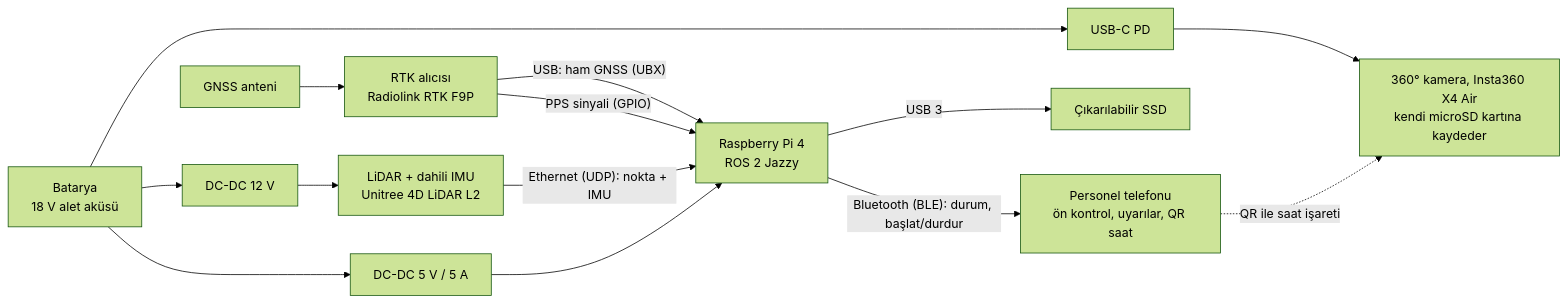
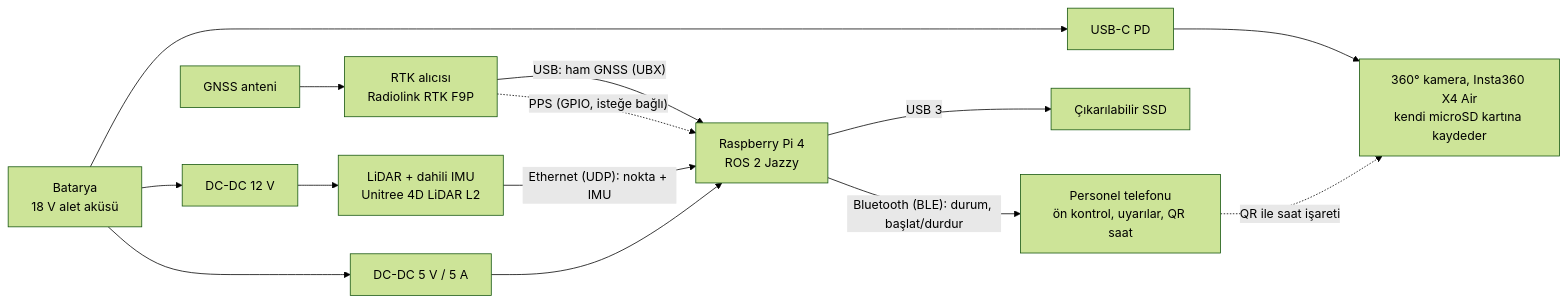
The diagram in docs/tarama-kiti.md (yusuftiryaki/orchadOS), drawn with Mermaid (forest theme) before and after one commit. The commit also changed other lines of this file and 7 other files, not shown here.

````diff
--- a/docs/tarama-kiti.md
+++ b/docs/tarama-kiti.md
@@ -19,16 +19,16 @@
 ```mermaid
 flowchart LR
     BAT["Batarya<br/>18 V alet aküsü"] --> DC12["DC-DC 12 V"]
     BAT --> DC5["DC-DC 5 V / 5 A"]
     BAT --> PD["USB-C PD"]
     ANT["GNSS anteni"] --> F9P["RTK alıcısı<br/>Radiolink RTK F9P"]
     F9P -- "USB: ham GNSS (UBX)" --> PI["Raspberry Pi 4<br/>ROS 2 Jazzy"]
-    F9P -- "PPS sinyali (GPIO)" --> PI
+    F9P -. "PPS (GPIO, isteğe bağlı)" .-> PI
     LID["LiDAR + dahili IMU<br/>Unitree 4D LiDAR L2"] -- "Ethernet (UDP): nokta + IMU" --> PI
     DC12 --> LID
     DC5 --> PI
     PI -- "USB 3" --> SSD["Çıkarılabilir SSD"]
     PI -- "Bluetooth (BLE): durum, başlat/durdur" --> TEL["Personel telefonu<br/>ön kontrol, uyarılar, QR saat"]
     PD --> CAM["360° kamera, Insta360 X4 Air<br/>kendi microSD kartına kaydeder"]
     TEL -. "QR ile saat işareti" .-> CAM
 ```
````
